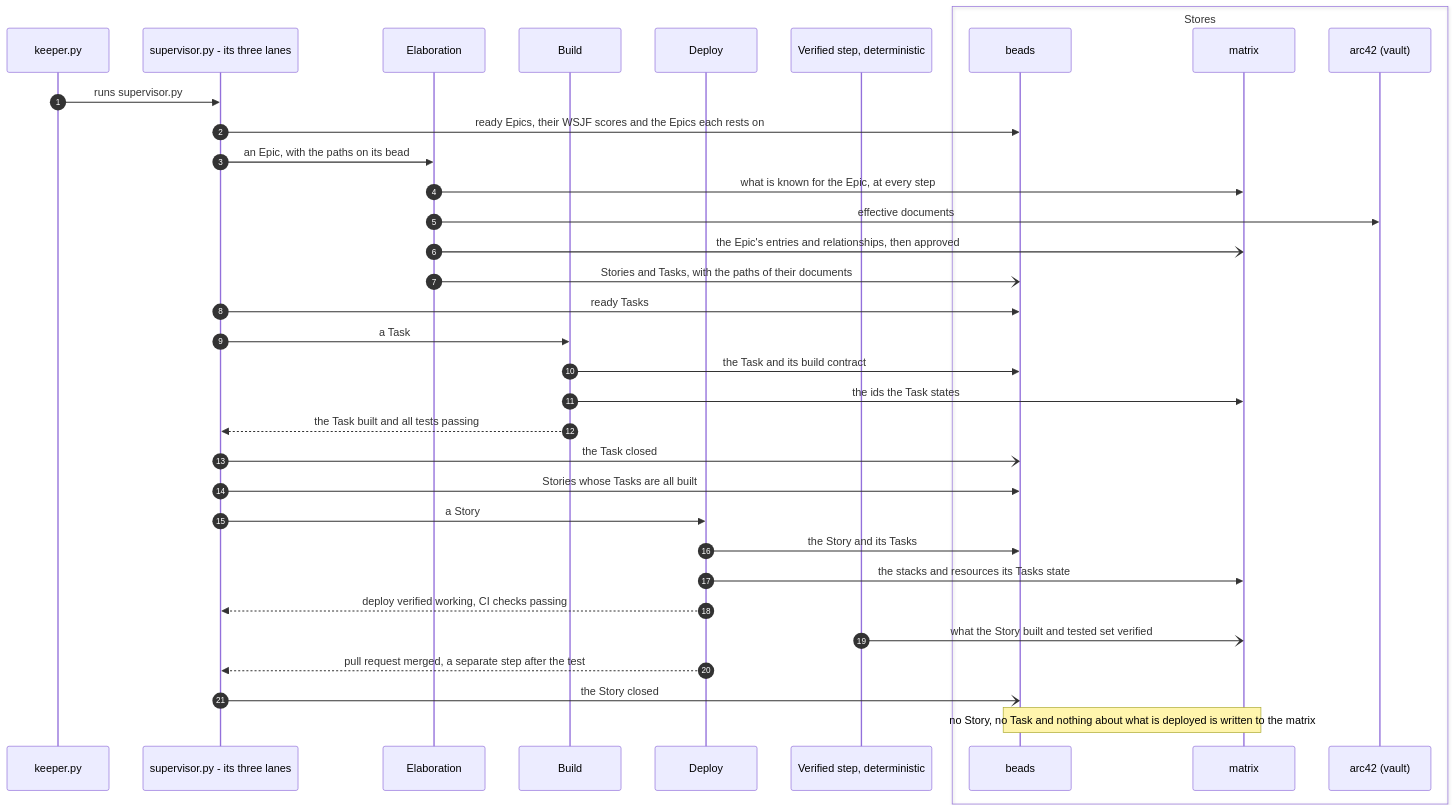
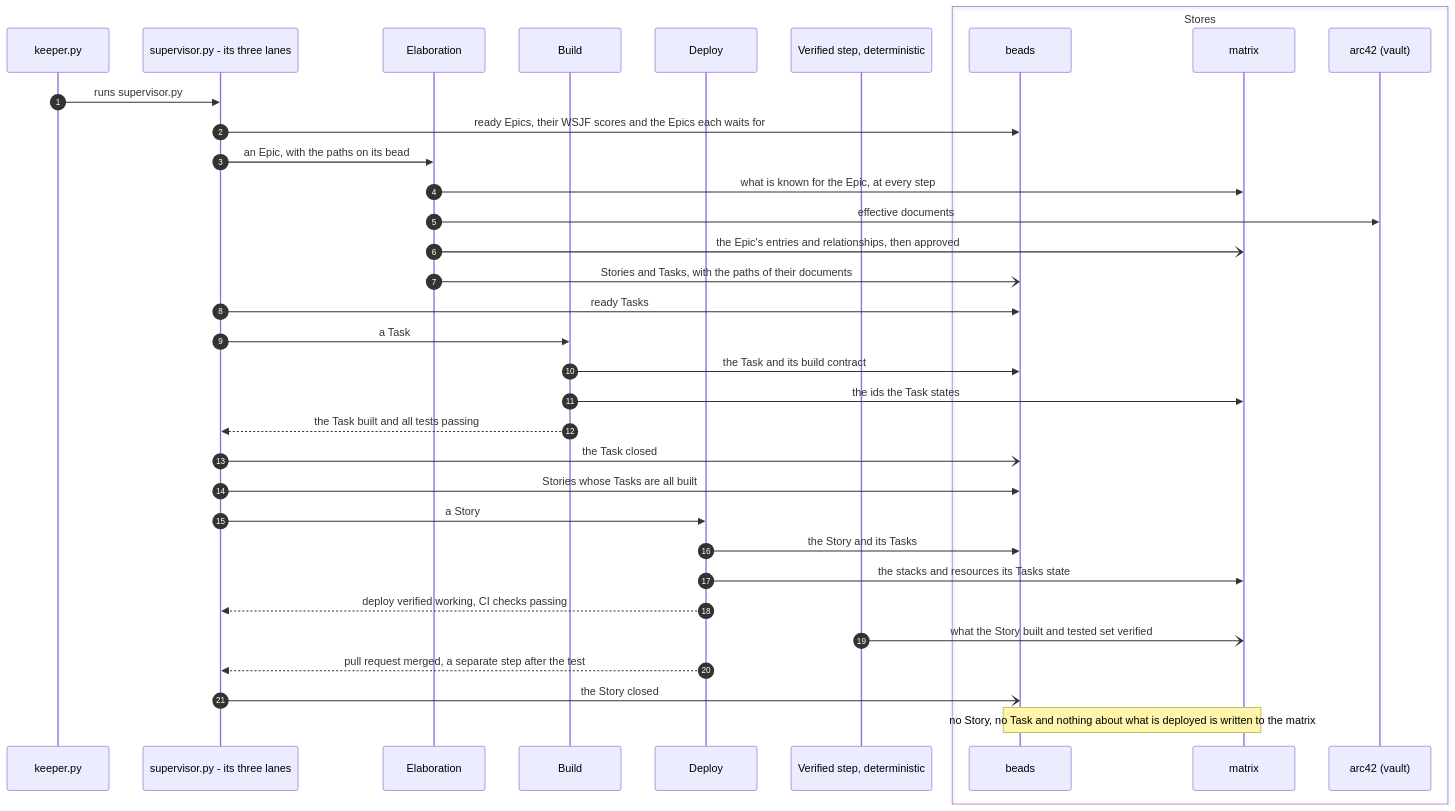
One commit to mark-satterfield/toolset changed the eighth of 8 diagrams in plugins/agent-teams-workforce/blueprint/design/pipelines-driver.md. Above: the diagram before and after it, drawn with Mermaid. The commit also changed other lines of this file and 16 other files, not shown here.

````diff
--- a/plugins/agent-teams-workforce/blueprint/design/pipelines-driver.md
+++ b/plugins/agent-teams-workforce/blueprint/design/pipelines-driver.md
@@ -433,38 +434,38 @@
 ```mermaid
 sequenceDiagram
     autonumber
     participant K as keeper.py
     participant S as supervisor.py - its three lanes
     participant EL as Elaboration
     participant BU as Build
     participant DE as Deploy
     participant V as Verified step, deterministic
     box Stores
         participant BD as beads
         participant MX as matrix
         participant A42 as arc42 (vault)
     end
 
     K->>S: runs supervisor.py
-    S->>BD: ready Epics, their WSJF scores and the Epics each rests on
+    S->>BD: ready Epics, their WSJF scores and the Epics each waits for
     S->>EL: an Epic, with the paths on its bead
     EL->>MX: what is known for the Epic, at every step
     EL->>A42: effective documents
     EL-)MX: the Epic's entries and relationships, then approved
     EL-)BD: Stories and Tasks, with the paths of their documents
     S->>BD: ready Tasks
     S->>BU: a Task
     BU->>BD: the Task and its build contract
     BU->>MX: the ids the Task states
     BU-->>S: the Task built and all tests passing
     S-)BD: the Task closed
     S->>BD: Stories whose Tasks are all built
     S->>DE: a Story
     DE->>BD: the Story and its Tasks
     DE->>MX: the stacks and resources its Tasks state
     DE-->>S: deploy verified working, CI checks passing
     V-)MX: what the Story built and tested set verified
     DE-->>S: pull request merged, a separate step after the test
     S-)BD: the Story closed
     Note over BD,MX: no Story, no Task and nothing about what is deployed is written to the matrix
 ```
````
